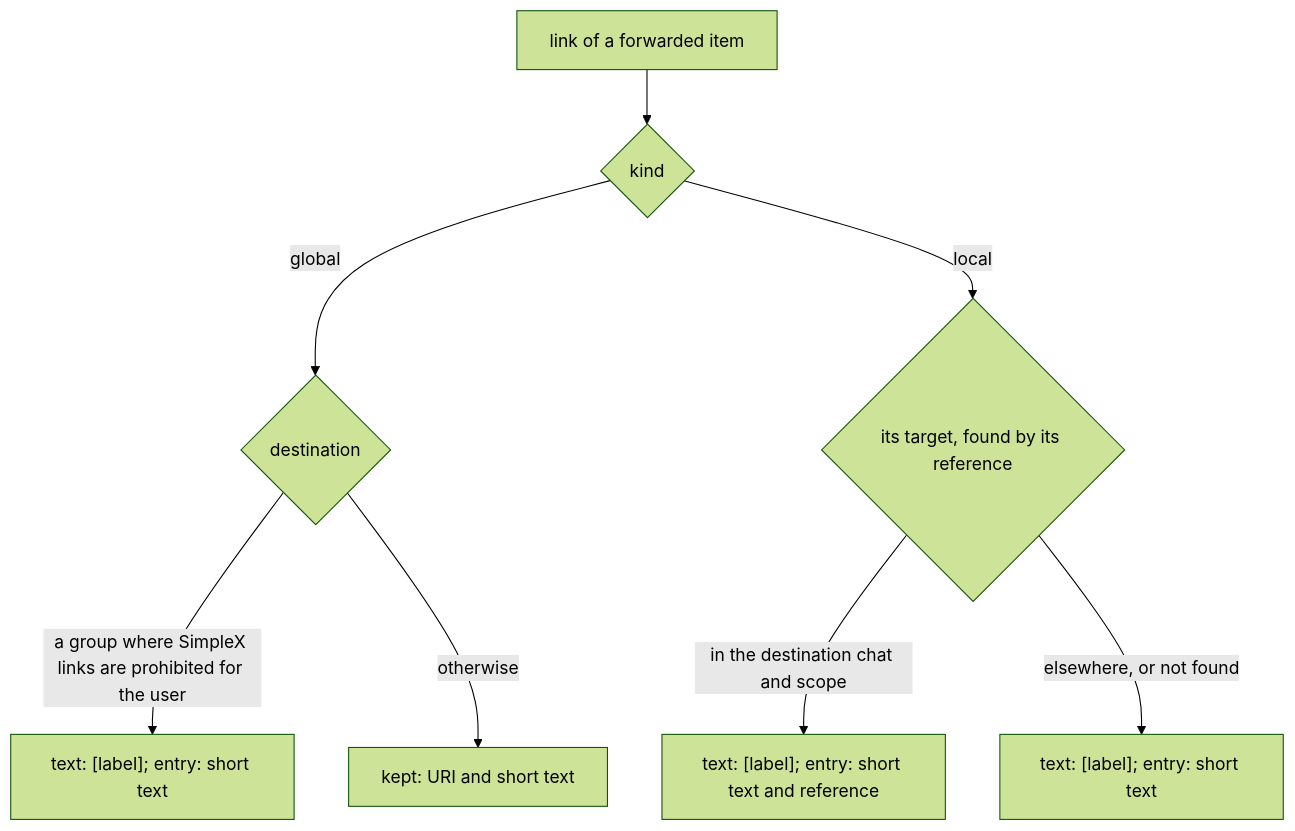
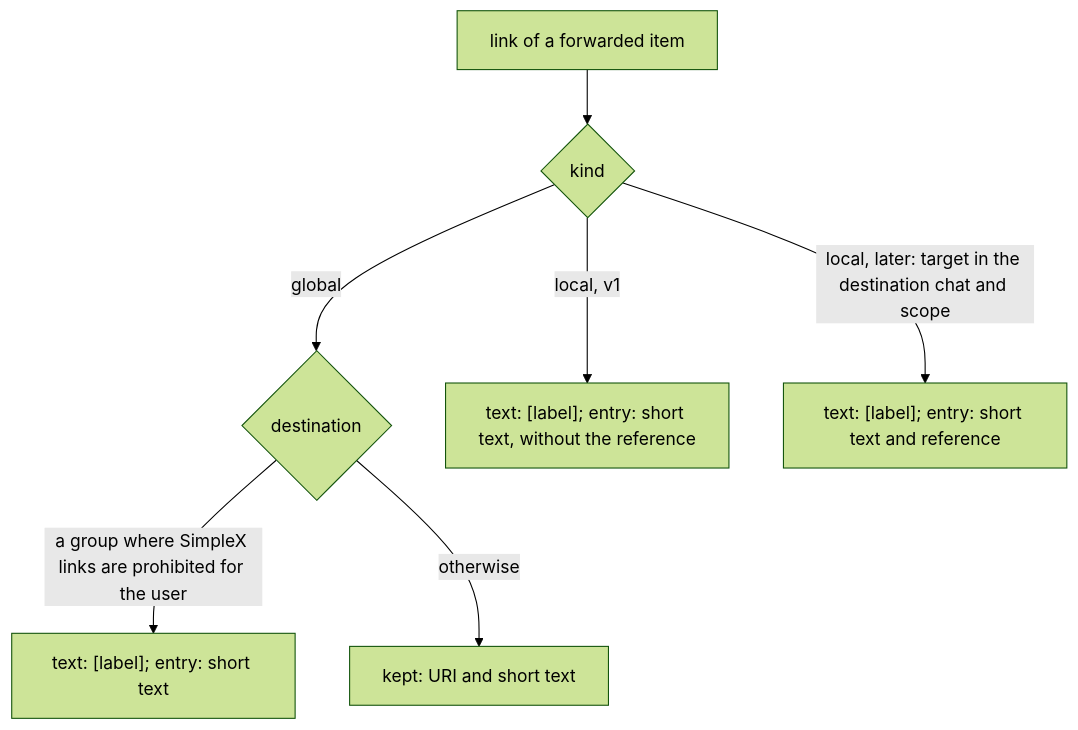
Before and after one commit to evgeny-simplex/simplex-chat: the fourth of 6 diagrams in plans/2026-11-22-message-references.md, drawn with Mermaid (forest theme). The commit also changed other lines of this file, not shown here.

Commit message:
core: plan v1 forwards of local message links as text

````diff
--- a/plans/2026-11-22-message-references.md
+++ b/plans/2026-11-22-message-references.md
@@ -417,10 +418,9 @@
 ```mermaid
 flowchart TD
   F[link of a forwarded item] --> T{kind}
   T -->|global| G{destination}
   G -->|a group where SimpleX links are prohibited for the user| GL["text: [label]; entry: short text"]
   G -->|otherwise| GK[kept: URI and short text]
-  T -->|local| D{its target, found by its reference}
-  D -->|in the destination chat and scope| LK["text: [label]; entry: short text and reference"]
-  D -->|elsewhere, or not found| LT["text: [label]; entry: short text"]
+  T -->|local, v1| LT["text: [label]; entry: short text, without the reference"]
+  T -->|local, later: target in the destination chat and scope| LK["text: [label]; entry: short text and reference"]
 ```
````
